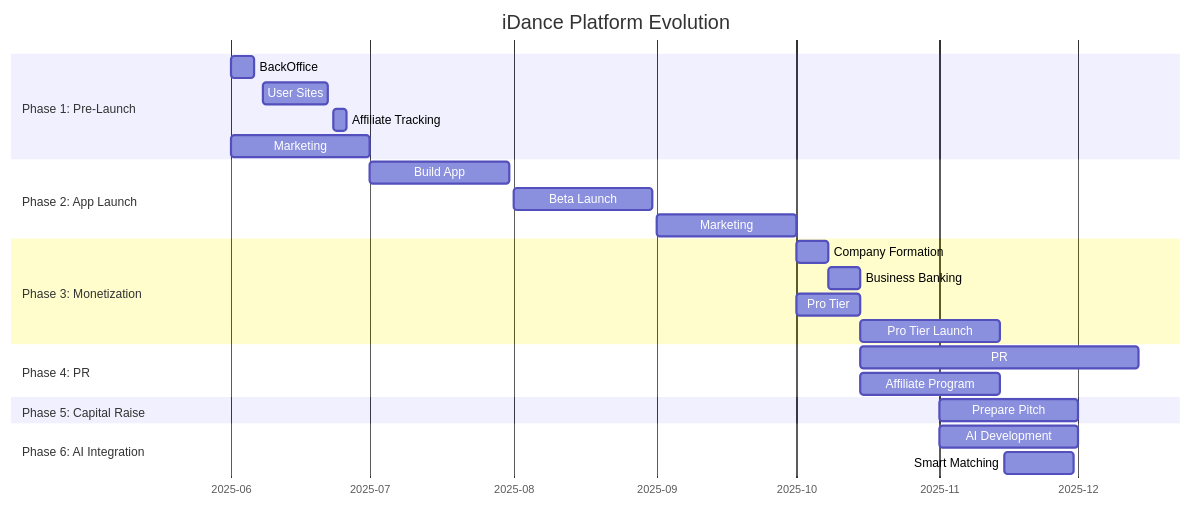
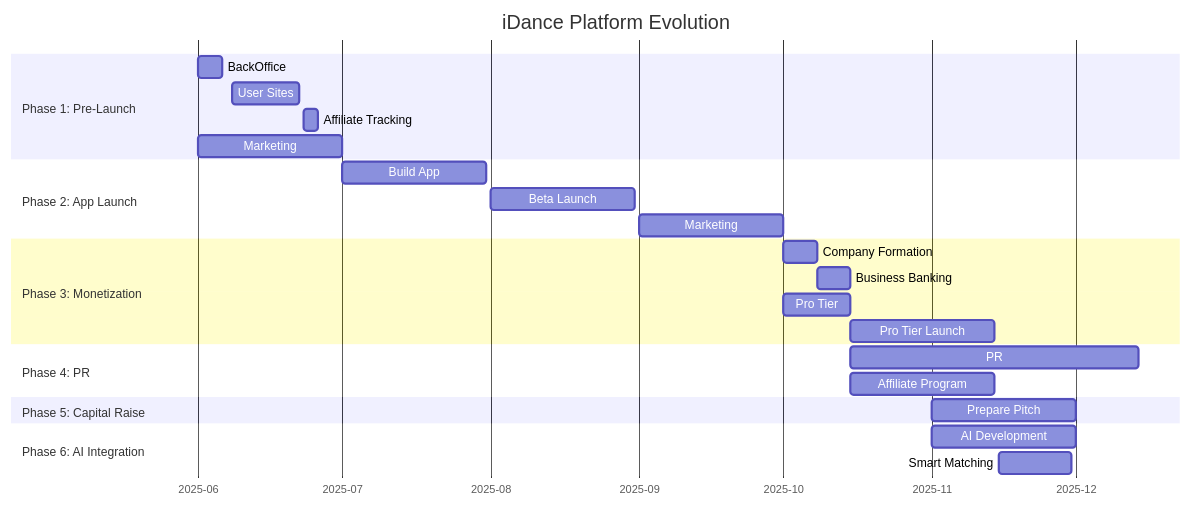
The diagram in roadmap.md (i-live/idance-backend), drawn with Mermaid before and after one commit. The commit also changed 1 other file, not shown here.

Commit message:
database fix based on application

````diff
--- a/roadmap.md
+++ b/roadmap.md
@@ -5,35 +5,35 @@
 ```mermaid
 gantt
     title iDance Platform Evolution
     dateFormat YYYY-MM-DD
     axisFormat %Y-%m
-    %%{ init: { 'gantt': {'leftPadding': 200 } } }%%
+    %%{ init: { 'gantt': {'leftPadding': 170 } } }%%
 
     section Phase 1: Pre-Launch
     BackOffice         :2025-06-01, 5d
     User Sites         :2025-06-08, 14d
     Affiliate Tracking :2025-06-23, 3d
     Marketing         :2025-06-01, 30d
 
     section Phase 2: App Launch
     Build App         :2025-07-01, 30d
     Beta Launch       :2025-08-01, 30d
     Marketing         :2025-09-01, 30d
 
     section Phase 3: Monetization
     Company Formation :2025-10-01, 7d
     Business Banking  :2025-10-08, 7d
     Pro Tier         :2025-10-01, 14d
     Pro Tier Launch  :2025-10-15, 30d
 
     section Phase 4: PR
     PR               :2025-10-15, 60d
     Affiliate Program:2025-10-15, 30d
 
     section Phase 5: Capital Raise
     Prepare Pitch    :2025-11-01, 30d
 
     section Phase 6: AI Integration
     AI Development   :2025-11-01, 30d
     Smart Matching   :2025-11-15, 15d
 ```
````
